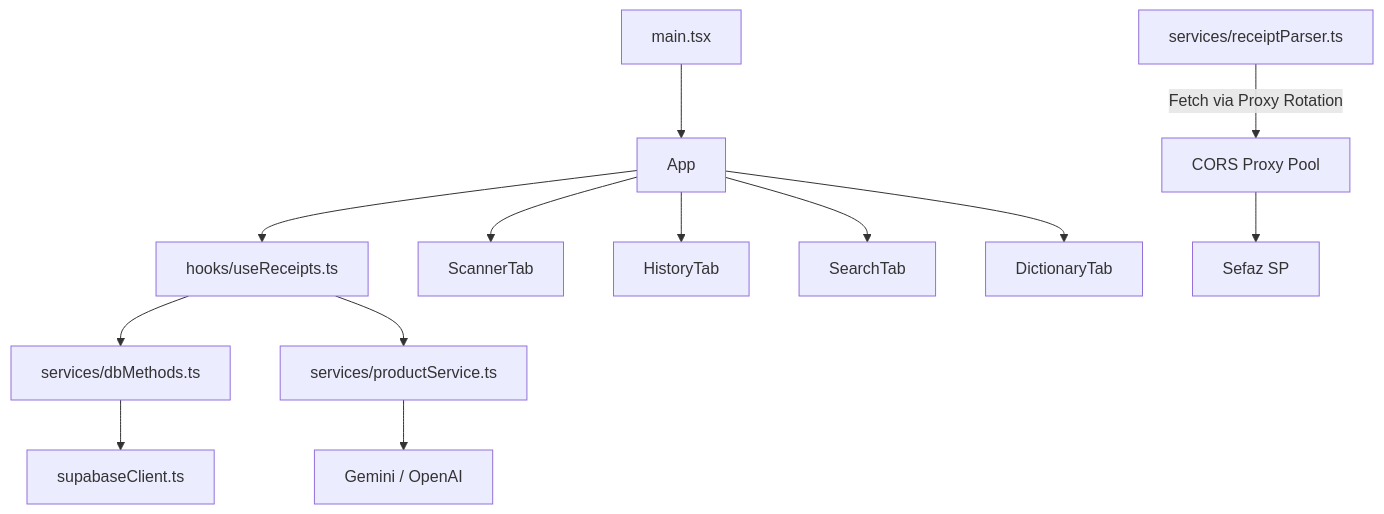
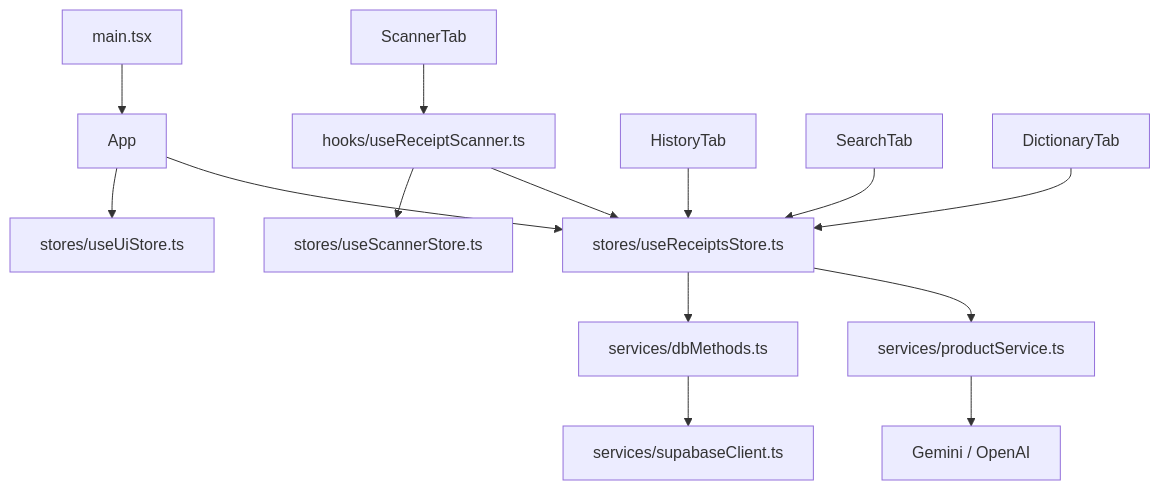
One commit to Bosguega/my_mercado changed the second of 2 diagrams in ARCHITECTURE.md. Above: the diagram before and after it, drawn with Mermaid. The commit also changed other lines of this file and 15 other files, not shown here.

````diff
--- a/ARCHITECTURE.md
+++ b/ARCHITECTURE.md
@@ -278,18 +186,21 @@
 ```mermaid
 graph TD
     main["main.tsx"] --> App
-    App --> useReceipts["hooks/useReceipts.ts"]
-    useReceipts --> dbMethods["services/dbMethods.ts"]
-    useReceipts --> productService["services/productService.ts"]
-    
-    App --> ScannerTab
-    App --> HistoryTab
-    App --> SearchTab
-    App --> DictionaryTab
-    
-    dbMethods --> supabase["supabaseClient.ts"]
-    productService --> AI["Gemini / OpenAI"]
 
-    receiptParser["services/receiptParser.ts"] -- "Fetch via Proxy Rotation" --> proxies["CORS Proxy Pool"]
-    proxies --> Sefaz["Sefaz SP"]
+    App --> uiStore["stores/useUiStore.ts"]
+    App --> receiptsStore["stores/useReceiptsStore.ts"]
+
+    ScannerTab --> scannerHook["hooks/useReceiptScanner.ts"]
+    scannerHook --> scannerStore["stores/useScannerStore.ts"]
+    scannerHook --> receiptsStore
+
+    HistoryTab --> receiptsStore
+    SearchTab --> receiptsStore
+    DictionaryTab --> receiptsStore
+
+    receiptsStore --> dbMethods["services/dbMethods.ts"]
+    receiptsStore --> productService["services/productService.ts"]
+
+    dbMethods --> supabase["services/supabaseClient.ts"]
+    productService --> ai["Gemini / OpenAI"]
 ```
````
